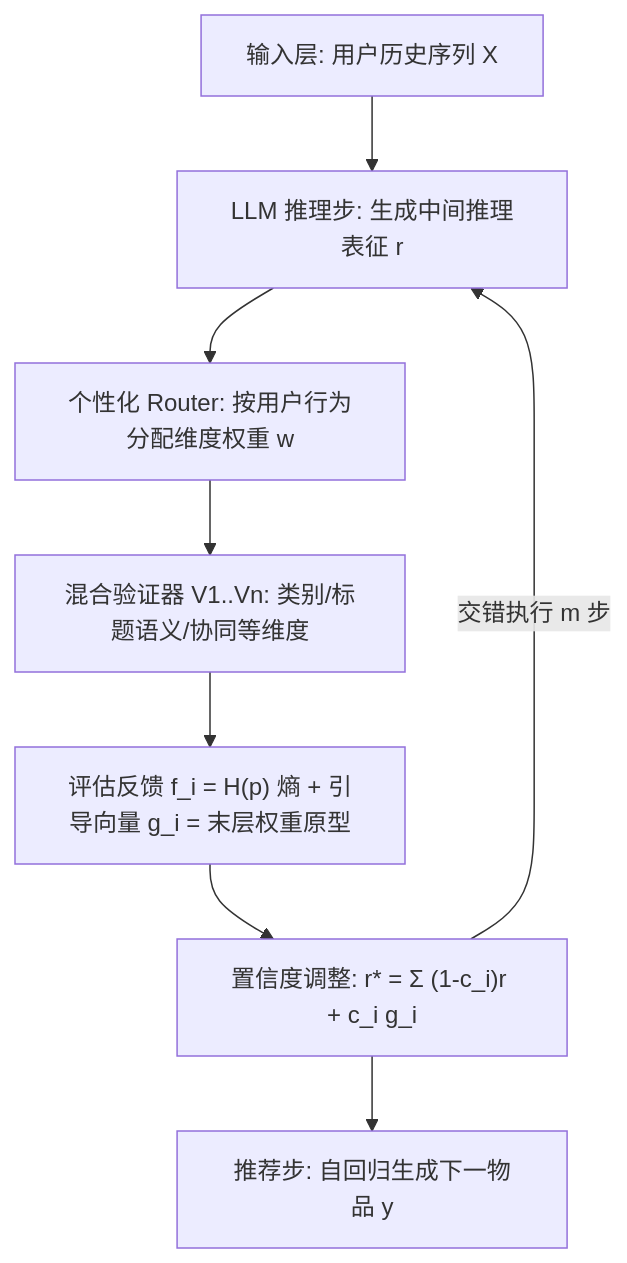
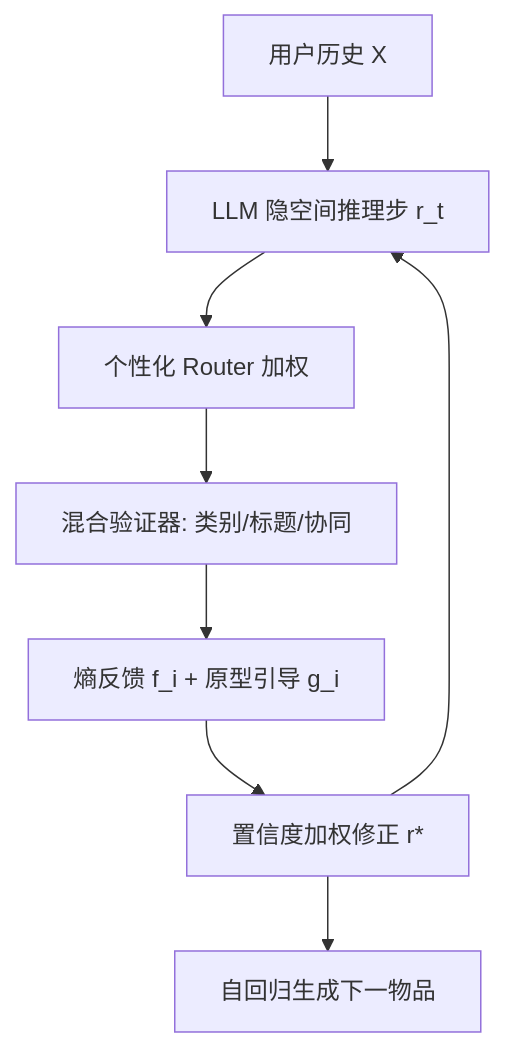
One commit to jbdcia321vw/Paper-Notes changed the diagram in docs/venues/SIGIR/2026/llm_rec/verifiable_reasoning_for_llm_based_generative_recommendation.md. Above: the diagram before and after it, drawn with Mermaid. The commit also changed other lines of this file and 1119 other files, not shown here.

````diff
--- a/docs/venues/SIGIR/2026/llm_rec/verifiable_reasoning_for_llm_based_generative_recommendation.md
+++ b/docs/venues/SIGIR/2026/llm_rec/verifiable_reasoning_for_llm_based_generative_recommendation.md
@@ -56,10 +46,10 @@
 ```mermaid
 flowchart TD
-    A["输入层: 用户历史序列 X"] --> B["LLM 推理步: 生成中间推理表征 r"]
-    B --> C["个性化 Router: 按用户行为分配维度权重 w"]
-    C --> D["混合验证器 V1..Vn: 类别/标题语义/协同等维度"]
-    D --> E["评估反馈 f_i = H(p) 熵 + 引导向量 g_i = 末层权重原型"]
-    E --> F["置信度调整: r* = Σ (1-c_i)r + c_i g_i"]
-    F -->|"交错执行 m 步"| B
-    F --> G["推荐步: 自回归生成下一物品 y"]
+    A["用户历史 X"] --> B["LLM 隐空间推理步 r_t"]
+    B --> C["个性化 Router 加权"]
+    C --> D["混合验证器: 类别/标题/协同"]
+    D --> E["熵反馈 f_i + 原型引导 g_i"]
+    E --> F["置信度加权修正 r*"]
+    F --> B
+    F --> G["自回归生成下一物品"]
 ```
````
